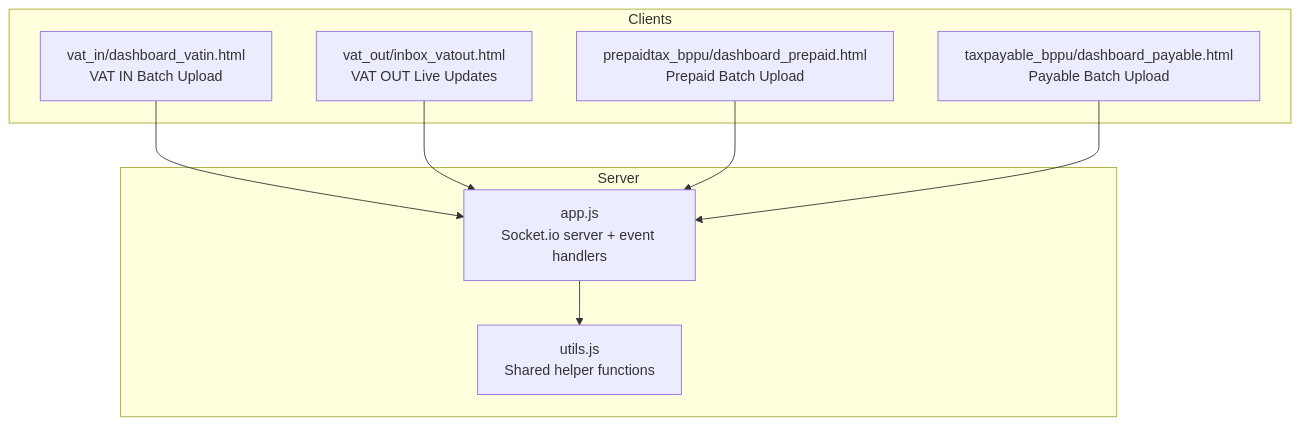
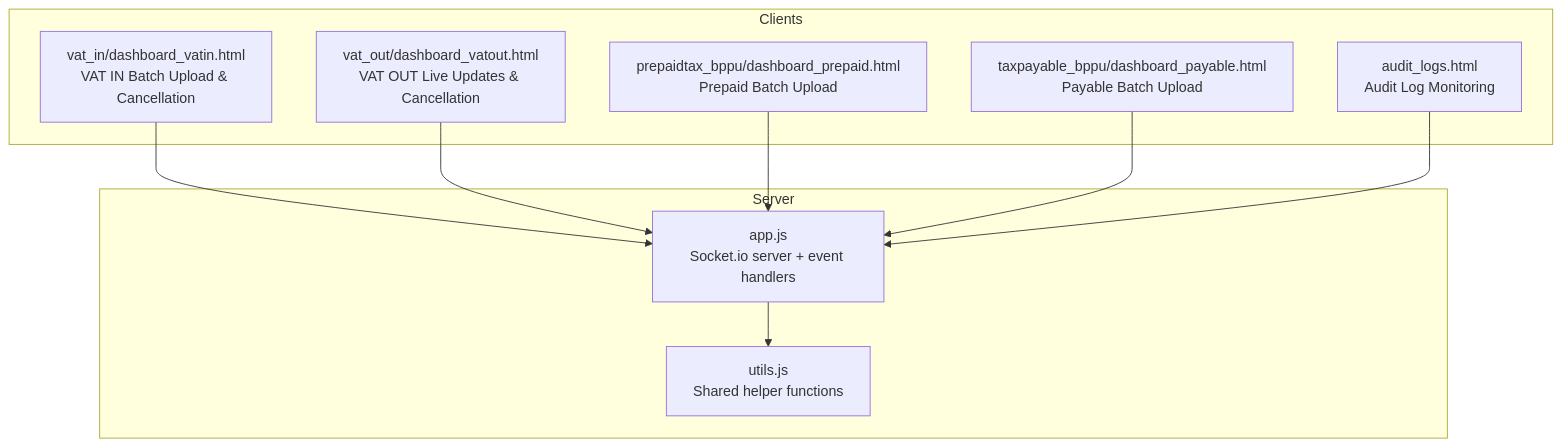
Before and after one commit to rendisiagian/TDS_by_RENDISIAGIAN: the first of 8 diagrams in .qoder/repowiki/en/content/Advanced Features/Real-time Processing & Socket.io Integration.md, drawn with Mermaid. The commit also changed other lines of this file and 38 other files, not shown here.

````diff
--- a/.qoder/repowiki/en/content/Advanced Features/Real-time Processing & Socket.io Integration.md
+++ b/.qoder/repowiki/en/content/Advanced Features/Real-time Processing & Socket.io Integration.md
@@ -42,18 +45,20 @@
 ```mermaid
 graph TB
 subgraph "Server"
 APP["app.js<br/>Socket.io server + event handlers"]
 UTILS["utils.js<br/>Shared helper functions"]
 end
 subgraph "Clients"
-Vatin["vat_in/dashboard_vatin.html<br/>VAT IN Batch Upload"]
-Vatout["vat_out/inbox_vatout.html<br/>VAT OUT Live Updates"]
+Vatin["vat_in/dashboard_vatin.html<br/>VAT IN Batch Upload & Cancellation"]
+Vatout["vat_out/dashboard_vatout.html<br/>VAT OUT Live Updates & Cancellation"]
 Prepaid["prepaidtax_bppu/dashboard_prepaid.html<br/>Prepaid Batch Upload"]
 Payable["taxpayable_bppu/dashboard_payable.html<br/>Payable Batch Upload"]
+Audit["audit_logs.html<br/>Audit Log Monitoring"]
 end
 Vatin --> APP
 Vatout --> APP
 Prepaid --> APP
 Payable --> APP
+Audit --> APP
 APP --> UTILS
 ```
````
